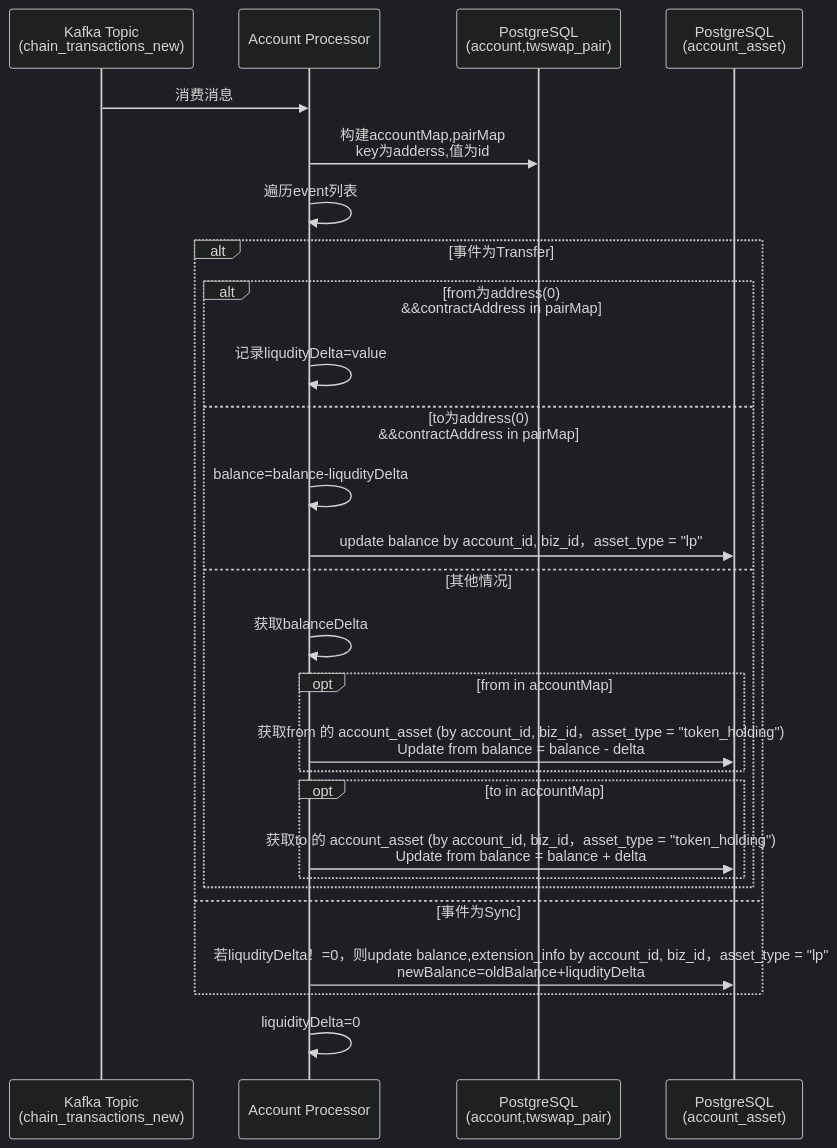
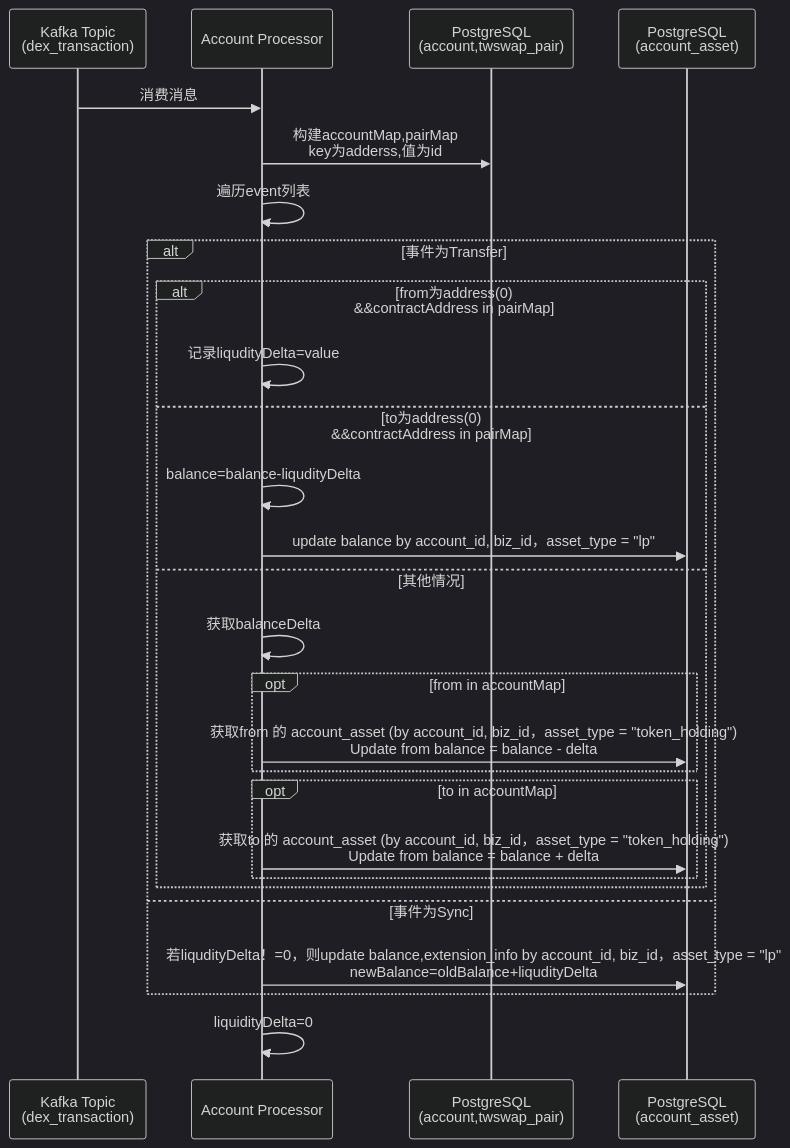
Before and after one commit to sjtutwilight/Twilight: the diagram in design/processor.md, drawn with Mermaid (dark theme). The commit also changed 35 other files, not shown here.

````diff
--- a/design/processor.md
+++ b/design/processor.md
@@ -11,30 +11,30 @@
 ```mermaid
 sequenceDiagram
-    participant Topic as Kafka Topic<br>(chain_transactions_new)
+    participant Topic as Kafka Topic<br>(dex_transaction)
     participant Processor as Account Processor
     participant DB_Account as PostgreSQL<br>(account,twswap_pair)
     participant DB_Asset as PostgreSQL<br>(account_asset)
     Topic ->> Processor: 消费消息
     Processor ->> DB_Account: 构建accountMap,pairMap<br>key为adderss,值为id
     Processor ->> Processor:遍历event列表
     alt 事件为Transfer
         alt from为address(0)<br>&&contractAddress in pairMap
         Processor ->> Processor:记录liqudityDelta=value
 
         else to为address(0)<br>&&contractAddress in pairMap
         Processor ->> Processor:balance=balance-liqudityDelta
         Processor ->> DB_Asset: update balance by account_id, biz_id，asset_type = "lp"
         else 其他情况
         Processor ->> Processor:获取balanceDelta 
         opt from in accountMap
             Processor ->> DB_Asset:获取from 的 account_asset (by account_id, biz_id，asset_type = "token_holding")<br>Update from balance = balance - delta
         end
         opt  to in accountMap
             Processor ->> DB_Asset: 获取to 的 account_asset (by account_id, biz_id，asset_type = "token_holding")<br>Update from balance = balance + delta
         end
     end
     else 事件为Sync
         Processor ->> DB_Asset:若liqudityDelta！=0，则update balance,extension_info by account_id, biz_id，asset_type = "lp"<br>newBalance=oldBalance+liqudityDelta
     end
      Processor ->> Processor:liquidityDelta=0
 ```
````
